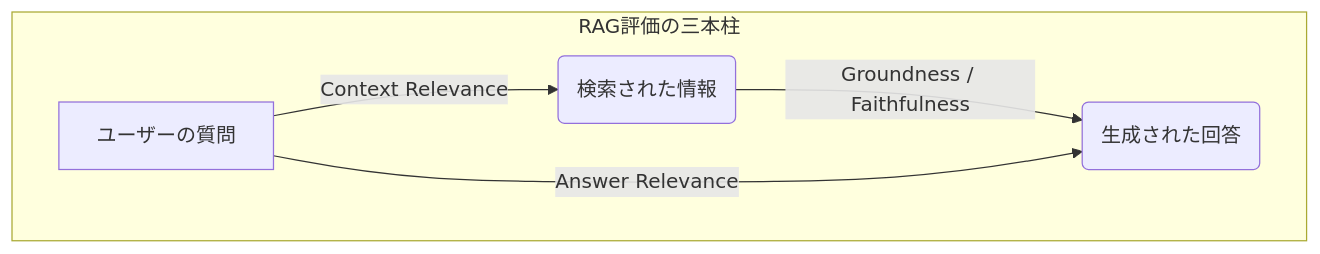
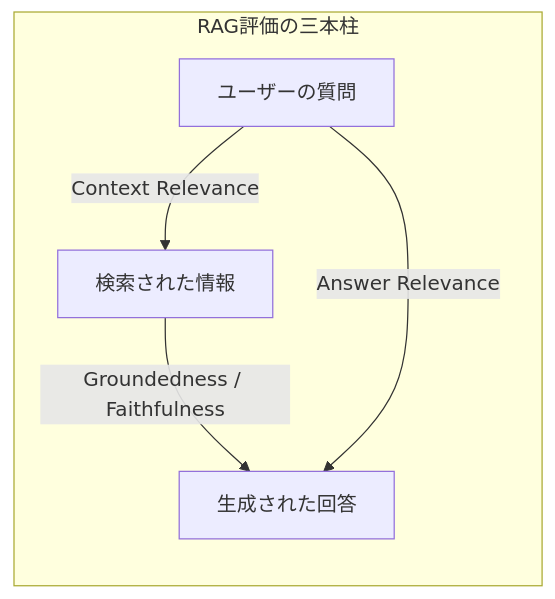
Before and after one commit to suwa-sh/zenn-contents: the fifth of 5 diagrams in articles/context_engineering_20250719.md, drawn with Mermaid. The commit also changed other lines of this file and 3 other files, not shown here.

````diff
--- a/articles/context_engineering_20250719.md
+++ b/articles/context_engineering_20250719.md
@@ -302,8 +393,8 @@
 ```mermaid
-graph
-    subgraph RAG評価の三本柱
-        A[ユーザーの質問] -- "Context Relevance" --> B(検索された情報);
-        B -- "Groundness / Faithfulness" --> C(生成された回答);
+flowchart LR
+    subgraph triad ["RAG評価の三本柱"]
+        A["ユーザーの質問"] -- "Context Relevance" --> B["検索された情報"];
+        B -- "Groundedness / Faithfulness" --> C["生成された回答"];
         A -- "Answer Relevance" --> C;
     end
 ```
````
